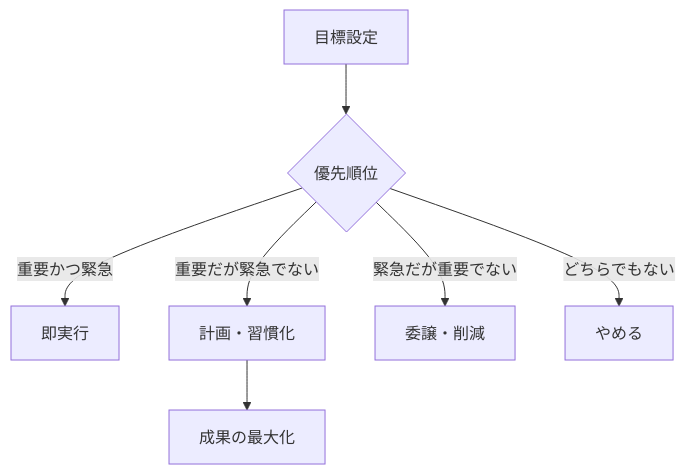
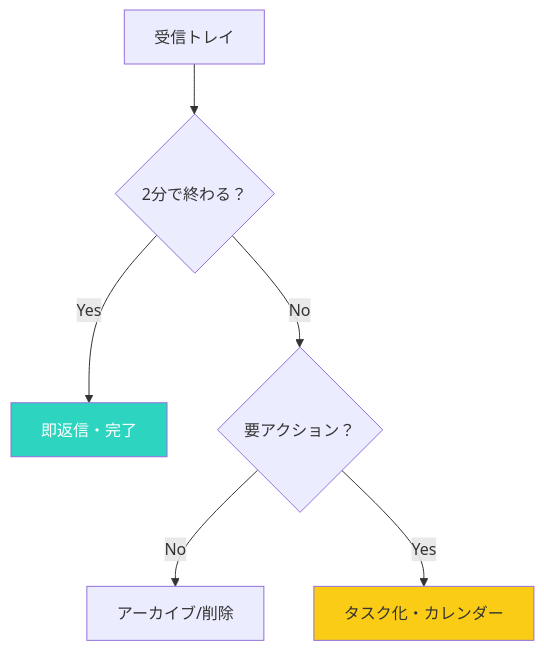
One commit to tndg16-bot/portfolio-site changed the diagram in content/blog/076-email-productivity.md. Above: the diagram before and after it, drawn with Mermaid. The commit also changed other lines of this file and 125 other files, not shown here.

First line of the commit message:
Add Mermaid diagrams to blog articles (Nano-Banana Refresh)

````diff
--- a/content/blog/076-email-productivity.md
+++ b/content/blog/076-email-productivity.md
@@ -19,9 +24,12 @@
 ```mermaid
 graph TD
-    A[目標設定] --> B{優先順位}
-    B -- 重要かつ緊急 --> C[即実行]
-    B -- 重要だが緊急でない --> D[計画・習慣化]
-    B -- 緊急だが重要でない --> E[委譲・削減]
-    B -- どちらでもない --> F[やめる]
-    D --> G[成果の最大化]
+    Inbox[受信トレイ] --> Open{2分で終わる？}
+    Open -- Yes --> Done[即返信・完了]
+    Open -- No --> Action{要アクション？}
+    
+    Action -- No --> Archive[アーカイブ/削除]
+    Action -- Yes --> Schedule[タスク化・カレンダー]
+    
+    style Done fill:#2dd4bf,color:#fff
+    style Schedule fill:#facc15
 ```
````
